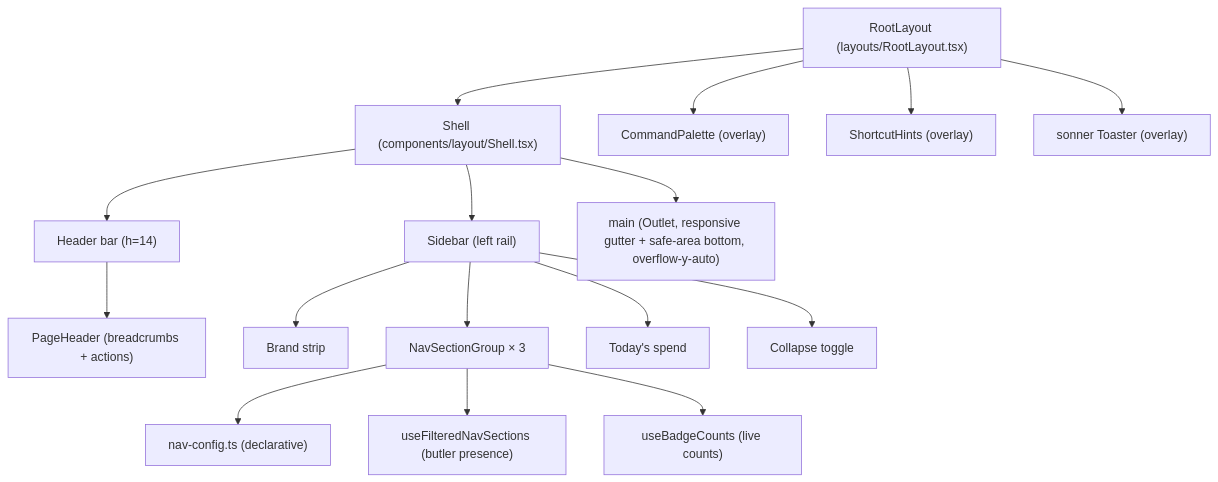
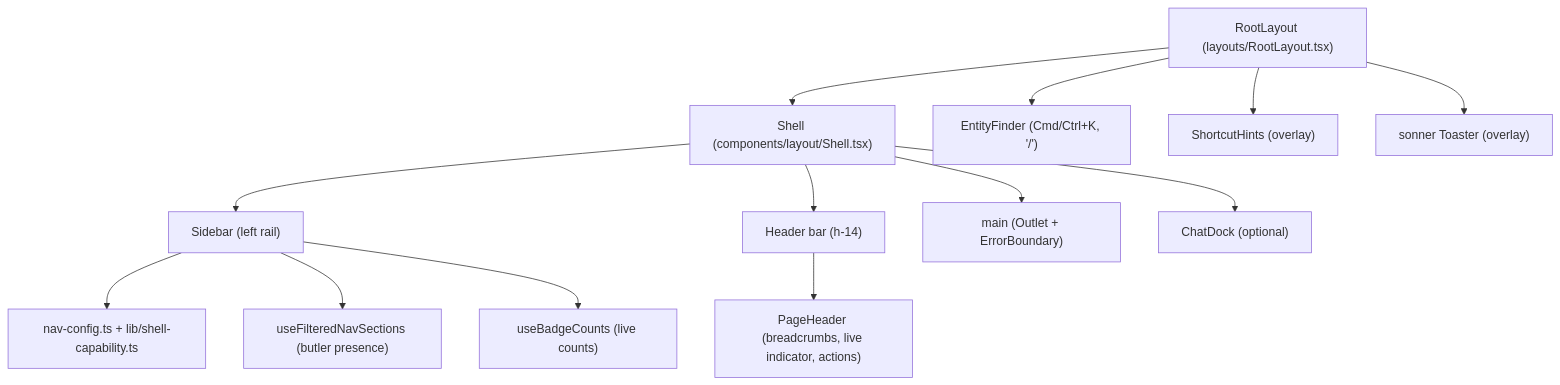
Before and after one commit to tzeusy-org/butlers: the first of 2 diagrams in about/lay-and-land/frontend.md, drawn with Mermaid. The commit also changed other lines of this file and 56 other files, not shown here.

````diff
--- a/about/lay-and-land/frontend.md
+++ b/about/lay-and-land/frontend.md
@@ -19,23 +18,19 @@
 ```mermaid
 graph TB
     Root["RootLayout (layouts/RootLayout.tsx)"]
     Root --> Shell["Shell (components/layout/Shell.tsx)"]
-    Root --> CmdPalette["CommandPalette (overlay)"]
+    Root --> Finder["EntityFinder (Cmd/Ctrl+K, '/')"]
     Root --> Hints["ShortcutHints (overlay)"]
     Root --> Toaster["sonner Toaster (overlay)"]
 
     Shell --> Sidebar["Sidebar (left rail)"]
-    Shell --> TopBar["Header bar (h=14)"]
-    Shell --> Main["main (Outlet, responsive gutter + safe-area bottom, overflow-y-auto)"]
+    Shell --> TopBar["Header bar (h-14)"]
+    Shell --> Main["main (Outlet + ErrorBoundary)"]
+    Shell --> Dock["ChatDock (optional)"]
 
-    TopBar --> PageHeader["PageHeader (breadcrumbs + actions)"]
+    TopBar --> PageHeader["PageHeader (breadcrumbs, live indicator, actions)"]
 
-    Sidebar --> Brand["Brand strip"]
-    Sidebar --> NavList["NavSectionGroup × 3"]
-    Sidebar --> Footer["Today's spend"]
-    Sidebar --> Collapse["Collapse toggle"]
-
-    NavList --> NavConfig["nav-config.ts (declarative)"]
-    NavList --> Filter["useFilteredNavSections (butler presence)"]
-    NavList --> Badges["useBadgeCounts (live counts)"]
+    Sidebar --> NavConfig["nav-config.ts + lib/shell-capability.ts"]
+    Sidebar --> Filter["useFilteredNavSections (butler presence)"]
+    Sidebar --> Badges["useBadgeCounts (live counts)"]
 ```
````
